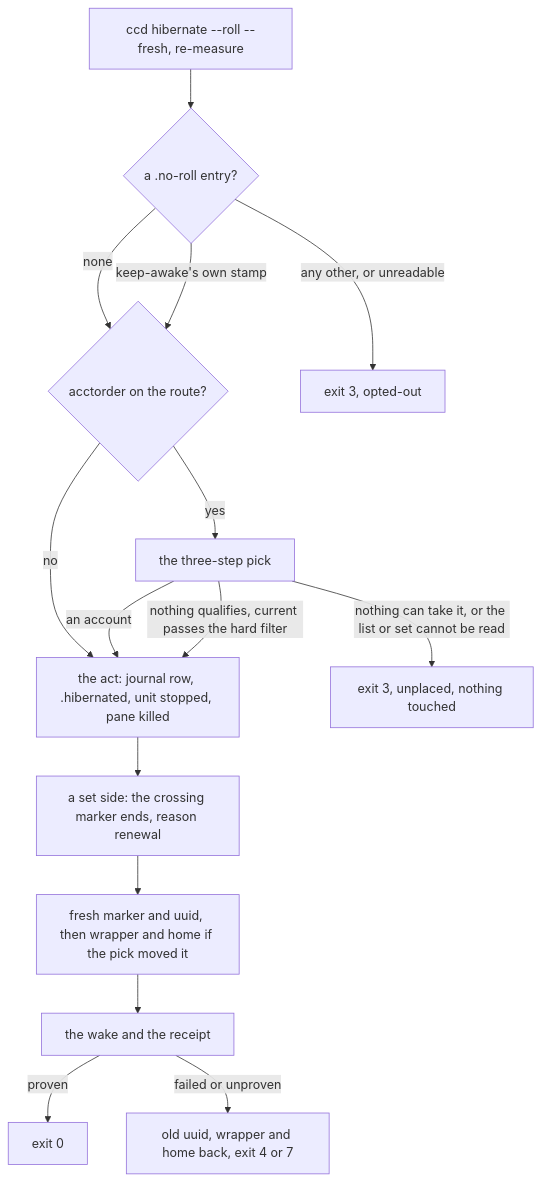
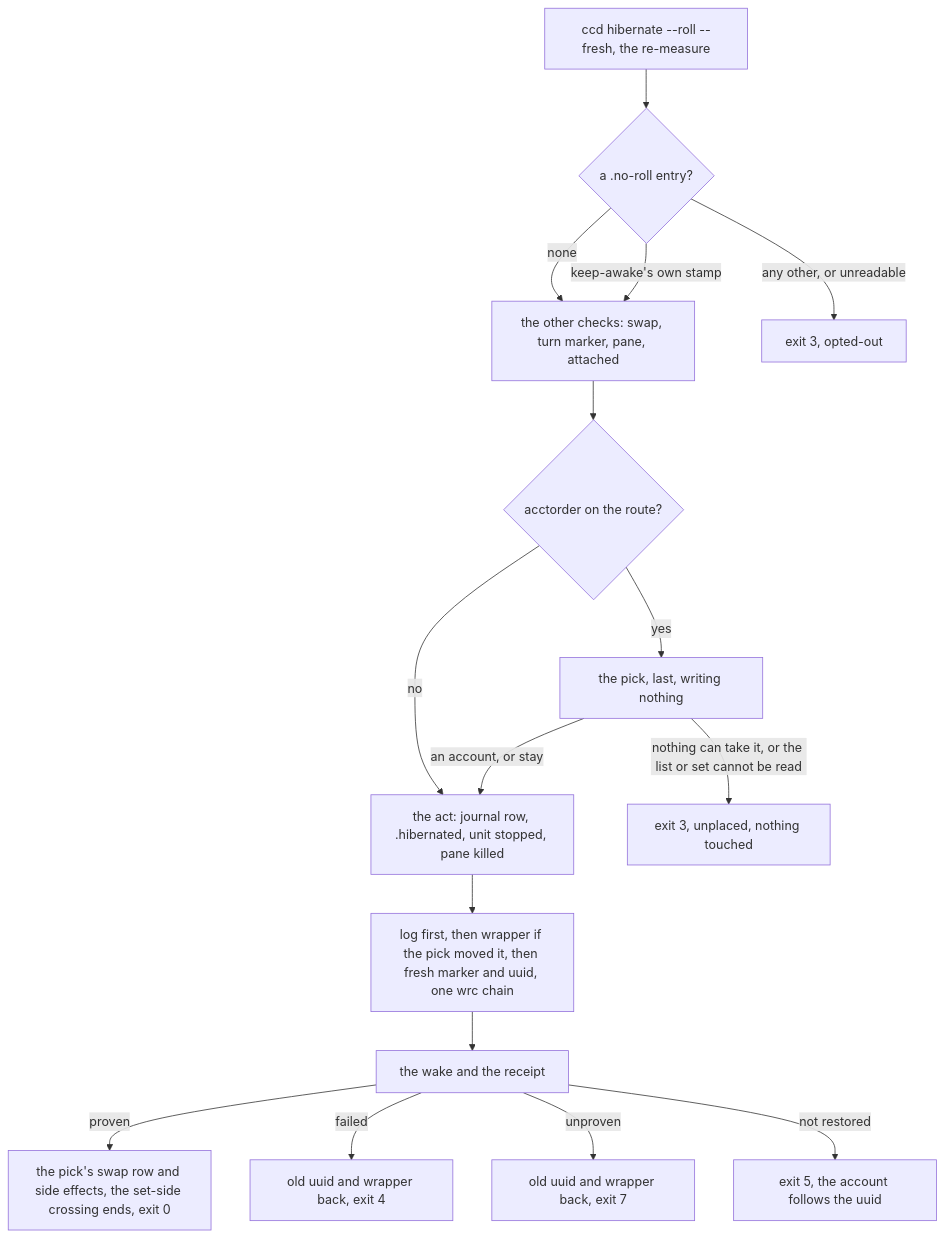
The first of 2 diagrams in docs/superpowers/plans/2026-11-14-overlord-w1/w1-ccd-arms.md (Synapsium-Labs/ccrc-pwa), drawn with Mermaid before and after one commit. The commit also changed other lines of this file, not shown here.

First line of the commit message:
docs(plan): the ccd arms plan, fix round 1 (review 2148 and cross-plan rulings X6, X8)

````diff
--- a/docs/superpowers/plans/2026-11-14-overlord-w1/w1-ccd-arms.md
+++ b/docs/superpowers/plans/2026-11-14-overlord-w1/w1-ccd-arms.md
@@ -278,17 +389,18 @@
 ```mermaid
 flowchart TD
-  R["ccd hibernate --roll --fresh, re-measure"] --> NR{"a .no-roll entry?"}
-  NR -- "none" --> P
-  NR -- "keep-awake's own stamp" --> P
+  R["ccd hibernate --roll --fresh, the re-measure"] --> NR{"a .no-roll entry?"}
+  NR -- "none" --> REST
+  NR -- "keep-awake's own stamp" --> REST
   NR -- "any other, or unreadable" --> X1["exit 3, opted-out"]
-  P{"acctorder on the route?"} -- "no" --> ACT
-  P -- "yes" --> PK["the three-step pick"]
-  PK -- "an account" --> ACT
-  PK -- "nothing qualifies, current passes the hard filter" --> ACT
+  REST["the other checks: swap, turn marker, pane, attached"] --> P{"acctorder on the route?"}
+  P -- "no" --> ACT
+  P -- "yes" --> PK["the pick, last, writing nothing"]
+  PK -- "an account, or stay" --> ACT
   PK -- "nothing can take it, or the list or set cannot be read" --> X2["exit 3, unplaced, nothing touched"]
-  ACT["the act: journal row, .hibernated, unit stopped, pane killed"] --> CW["a set side: the crossing marker ends, reason renewal"]
-  CW --> WR["fresh marker and uuid, then wrapper and home if the pick moved it"]
+  ACT["the act: journal row, .hibernated, unit stopped, pane killed"] --> WR["log first, then wrapper if the pick moved it, then fresh marker and uuid, one wrc chain"]
   WR --> WAKE["the wake and the receipt"]
-  WAKE -- "proven" --> OK["exit 0"]
-  WAKE -- "failed or unproven" --> BACK["old uuid, wrapper and home back, exit 4 or 7"]
+  WAKE -- "proven" --> OK["the pick's swap row and side effects, the set-side crossing ends, exit 0"]
+  WAKE -- "failed" --> B4["old uuid and wrapper back, exit 4"]
+  WAKE -- "unproven" --> B7["old uuid and wrapper back, exit 7"]
+  WAKE -- "not restored" --> B5["exit 5, the account follows the uuid"]
 ```
````
